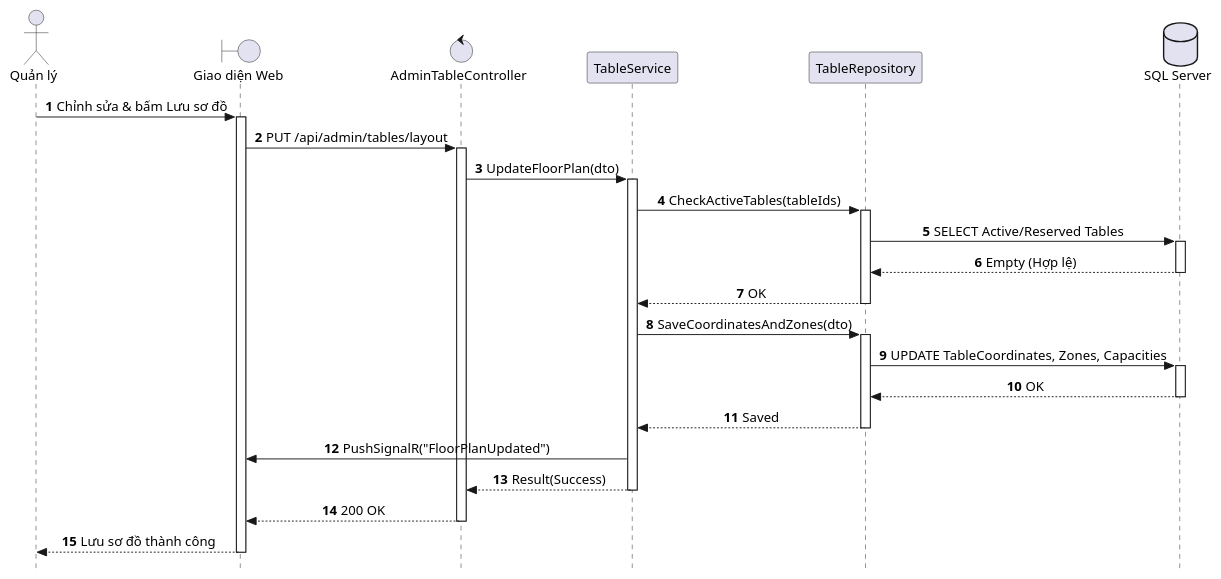
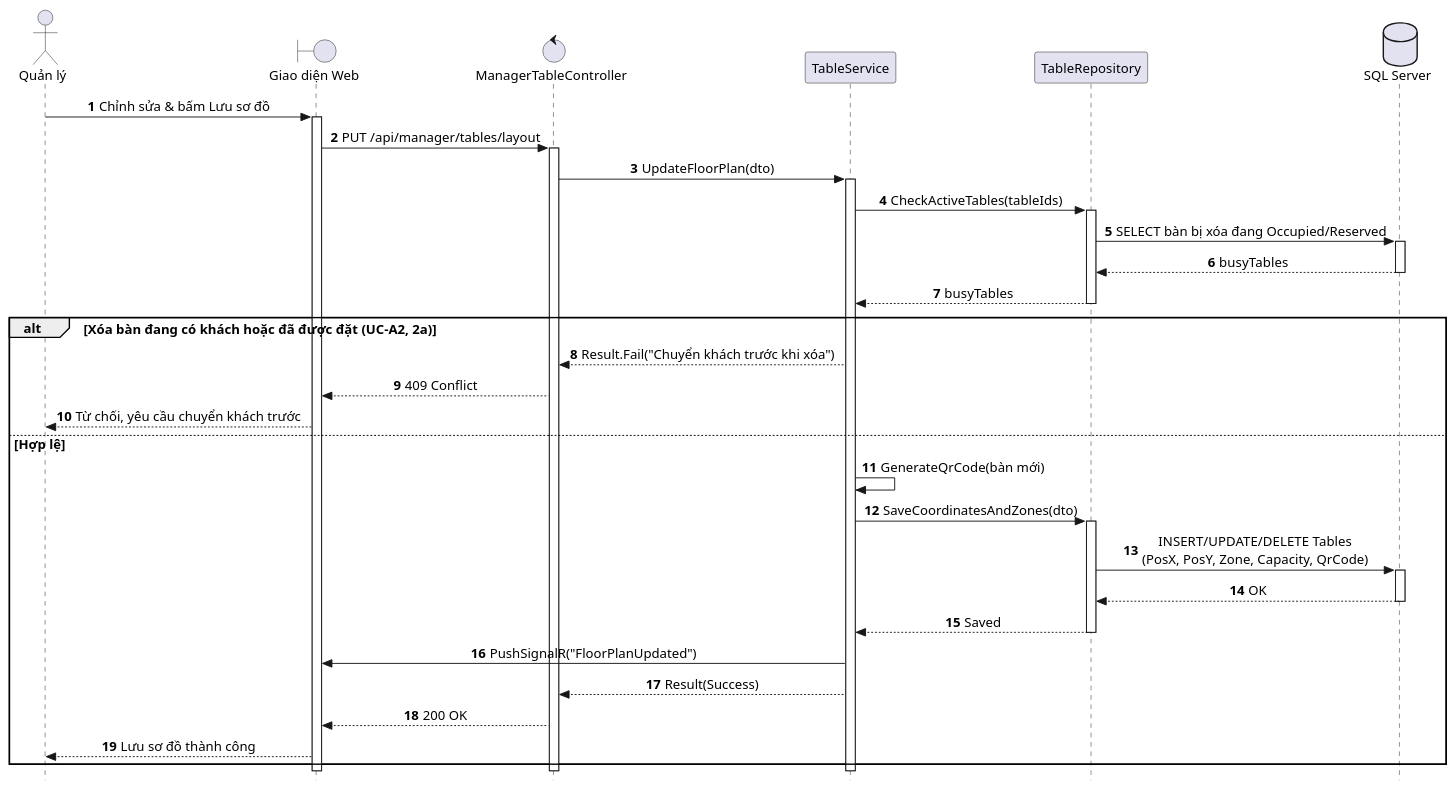
The diagram in docs/puml/sequences/SD_UC_A2_Floor_Plan_Layout.puml (AndrewQng/VinDining), drawn with PlantUML before and after one commit. The commit also changed 179 other files, not shown here.

First line of the commit message:
docs: align diagrams with the analysis report

```diff
--- a/docs/puml/sequences/SD_UC_A2_Floor_Plan_Layout.puml
+++ b/docs/puml/sequences/SD_UC_A2_Floor_Plan_Layout.puml
@@ -1,55 +1,61 @@
 @startuml SD_UC_A2_Floor_Plan_Layout
 autonumber
 skinparam style strictuml
 skinparam sequenceMessageAlign center
 skinparam responseMessageBelowArrow true
 skinparam defaultFontName "Segoe UI", Arial, sans-serif
 skinparam defaultFontSize 14
 
 actor "Quản lý" as Manager
 boundary "Giao diện Web" as UI
-control "AdminTableController" as Controller
+control "ManagerTableController" as Controller
 participant "TableService" as Service
 participant "TableRepository" as Repo
 database "SQL Server" as DB
 
 Manager -> UI: Chỉnh sửa & bấm Lưu sơ đồ
 activate UI
 
-UI -> Controller: PUT /api/admin/tables/layout
+UI -> Controller: PUT /api/manager/tables/layout
 activate Controller
 
 Controller -> Service: UpdateFloorPlan(dto)
 activate Service
 
 Service -> Repo: CheckActiveTables(tableIds)
 activate Repo
-Repo -> DB: SELECT Active/Reserved Tables
+Repo -> DB: SELECT bàn bị xóa đang Occupied/Reserved
 activate DB
-DB --> Repo: Empty (Hợp lệ)
+DB --> Repo: busyTables
 deactivate DB
-Repo --> Service: OK
+Repo --> Service: busyTables
 deactivate Repo
 
+alt Xóa bàn đang có khách hoặc đã được đặt (UC-A2, 2a)
+    Service --> Controller: Result.Fail("Chuyển khách trước khi xóa")
+    Controller --> UI: 409 Conflict
+    UI --> Manager: Từ chối, yêu cầu chuyển khách trước
+else Hợp lệ
+Service -> Service: GenerateQrCode(bàn mới)
 Service -> Repo: SaveCoordinatesAndZones(dto)
 activate Repo
 
-Repo -> DB: UPDATE TableCoordinates, Zones, Capacities
+Repo -> DB: INSERT/UPDATE/DELETE Tables\n(PosX, PosY, Zone, Capacity, QrCode)
 activate DB
 DB --> Repo: OK
 deactivate DB
 
 Repo --> Service: Saved
 deactivate Repo
 
 Service -> UI: PushSignalR("FloorPlanUpdated")
 
 Service --> Controller: Result(Success)
-deactivate Service
-
 Controller --> UI: 200 OK
-deactivate Controller
 
 UI --> Manager: Lưu sơ đồ thành công
+end
+deactivate Service
+deactivate Controller
 deactivate UI
 @enduml
```
